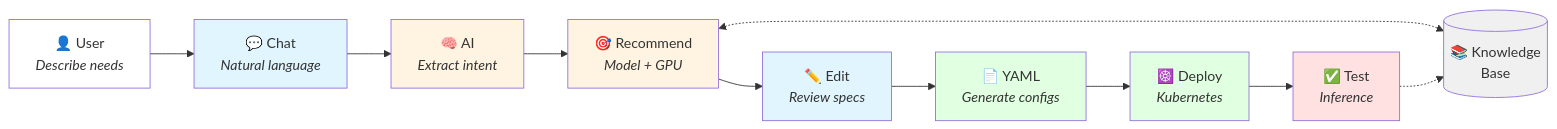
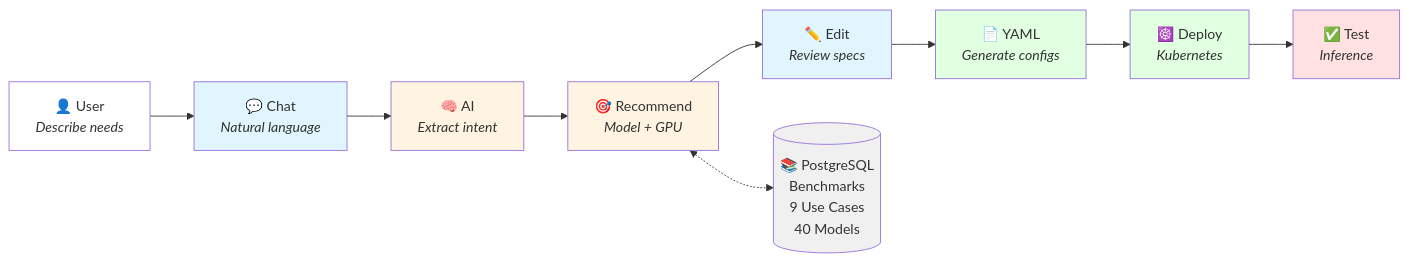
One commit to redhat-et/compass changed the third of 4 diagrams in docs/simplified-architecture-diagram.md. Above: the diagram before and after it, drawn with Mermaid. The commit also changed other lines of this file and 8 other files, not shown here.

First line of the commit message:
Refactor architecture to 4-engine + UI Layer structure

````diff
--- a/docs/simplified-architecture-diagram.md
+++ b/docs/simplified-architecture-diagram.md
@@ -74,27 +73,26 @@
 ```mermaid
 flowchart LR
     A["👤 User<br/><i>Describe needs</i>"]
     B["💬 Chat<br/><i>Natural language</i>"]
     C["🧠 AI<br/><i>Extract intent</i>"]
     D["🎯 Recommend<br/><i>Model + GPU</i>"]
     E["✏️ Edit<br/><i>Review specs</i>"]
     F["📄 YAML<br/><i>Generate configs</i>"]
     G["☸️ Deploy<br/><i>Kubernetes</i>"]
     H["✅ Test<br/><i>Inference</i>"]
 
     A --> B --> C --> D --> E --> F --> G --> H
 
-    KB[("📚 Knowledge<br/>Base")]
+    KB[("📚 PostgreSQL<br/>Benchmarks<br/>9 Use Cases<br/>40 Models")]
     D <-.-> KB
-    H -.-> KB
 
     style A fill:#fff
     style B fill:#e1f5ff
     style C fill:#fff4e1
     style D fill:#fff4e1
     style E fill:#e1f5ff
     style F fill:#e1ffe1
     style G fill:#e1ffe1
     style H fill:#ffe1e1
     style KB fill:#f0f0f0
 ```
````
